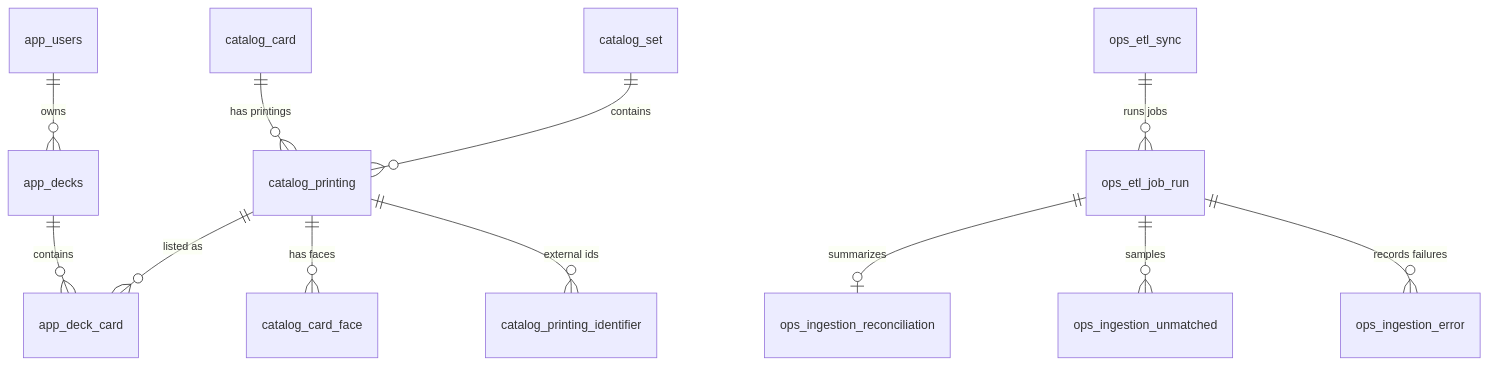
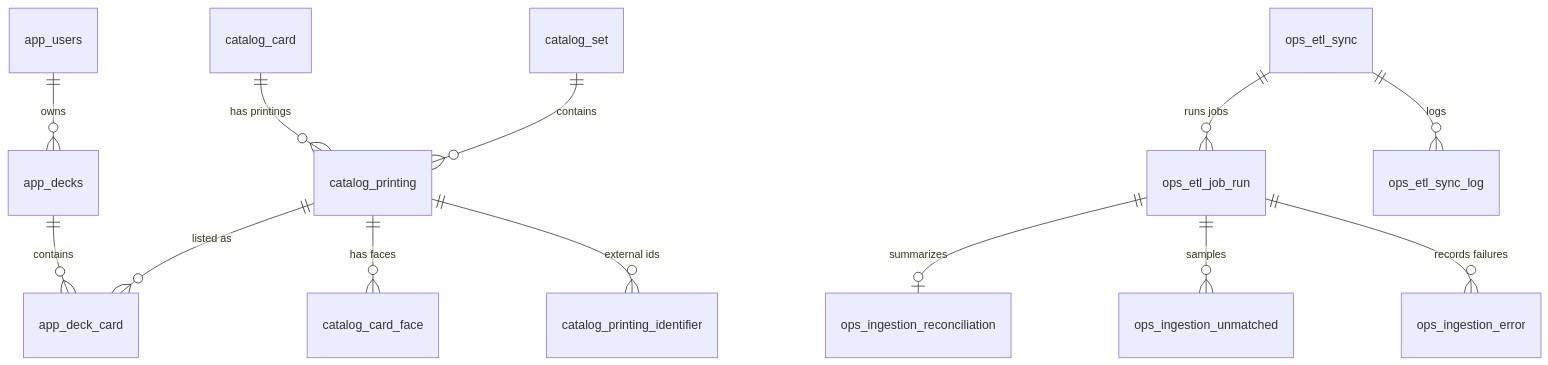
One commit to kevinmccartney/respark changed the diagram in docs/diagrams/erd-overview.mmd. Above: the diagram before and after it, drawn with Mermaid. The commit also changed 23 other files, not shown here.

Commit message:
feat: etl sync logs persistance

```diff
--- a/docs/diagrams/erd-overview.mmd
+++ b/docs/diagrams/erd-overview.mmd
@@ -1,12 +1,13 @@
 erDiagram
   app_users ||--o{ app_decks : owns
   app_decks ||--o{ app_deck_card : contains
   catalog_printing ||--o{ app_deck_card : "listed as"
   catalog_card ||--o{ catalog_printing : "has printings"
   catalog_set ||--o{ catalog_printing : "contains"
   catalog_printing ||--o{ catalog_card_face : "has faces"
   catalog_printing ||--o{ catalog_printing_identifier : "external ids"
   ops_etl_sync ||--o{ ops_etl_job_run : "runs jobs"
+  ops_etl_sync ||--o{ ops_etl_sync_log : "logs"
   ops_etl_job_run ||--o| ops_ingestion_reconciliation : "summarizes"
   ops_etl_job_run ||--o{ ops_ingestion_unmatched : "samples"
   ops_etl_job_run ||--o{ ops_ingestion_error : "records failures"
```
